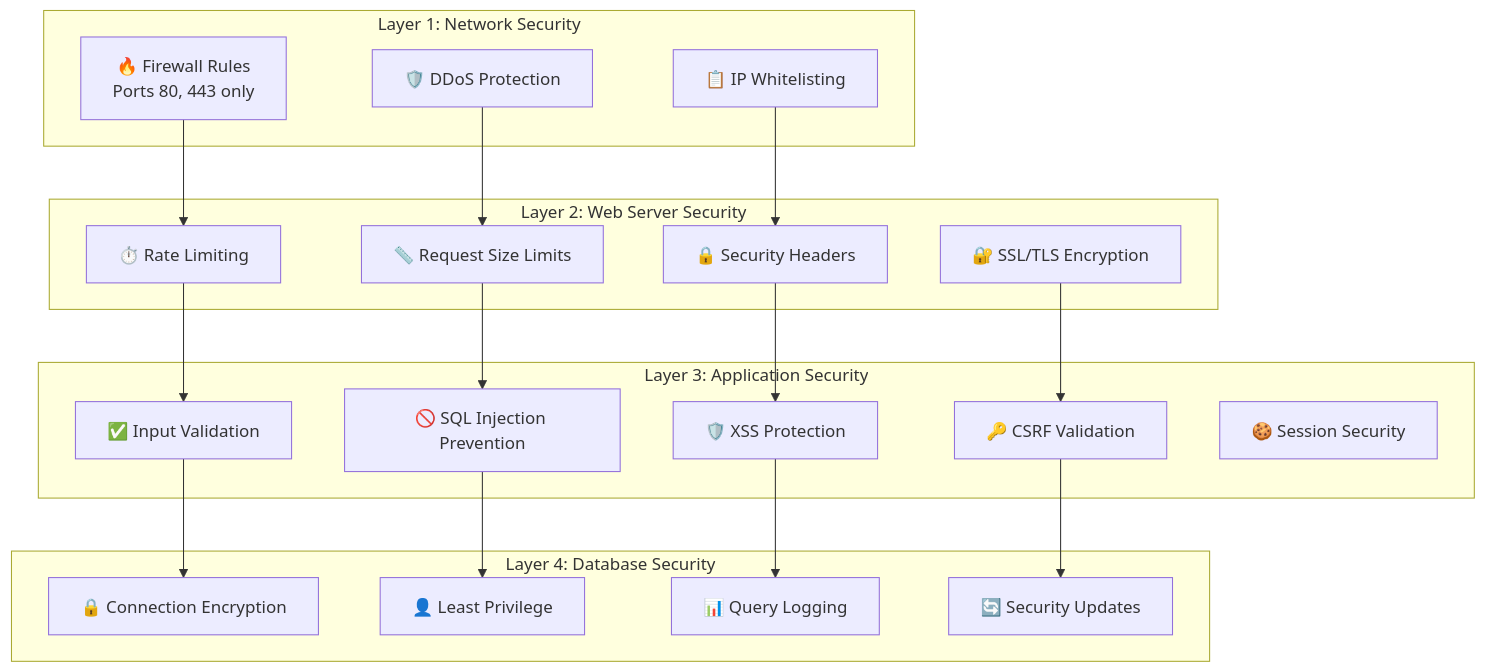
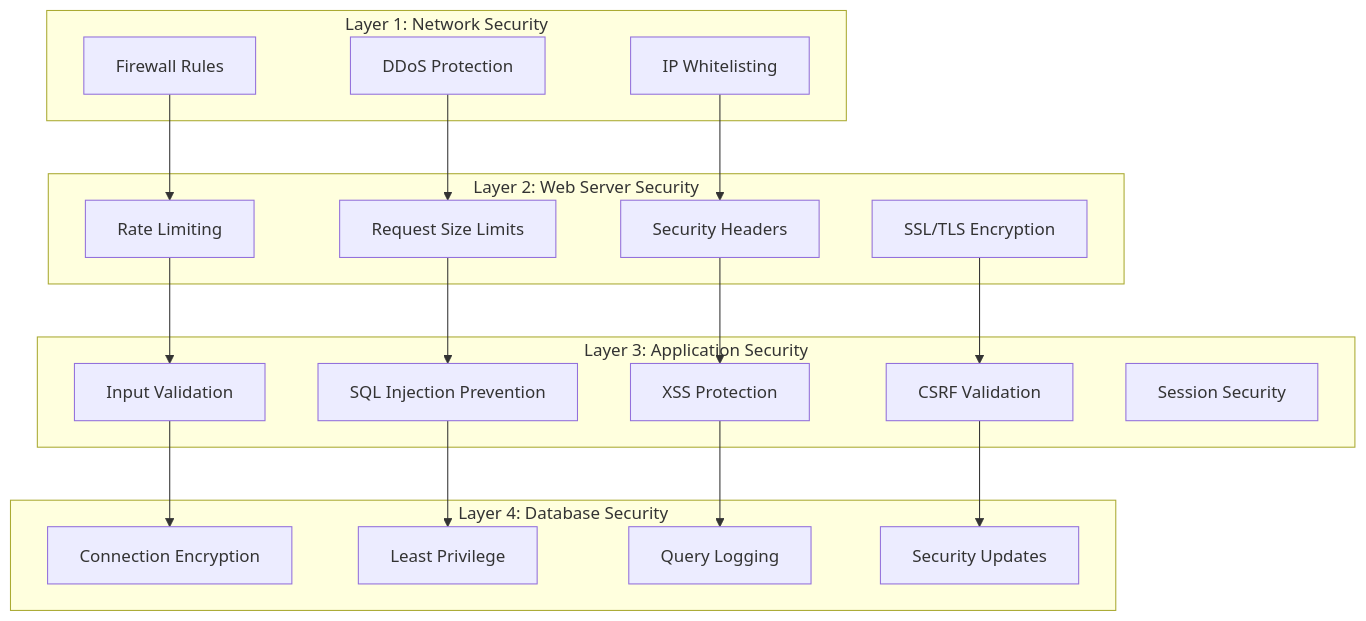
Before and after one commit to iam4sec/devops_todo_app: the fifth of 6 diagrams in ARCHITECTURE.md, drawn with Mermaid. The commit also changed other lines of this file, not shown here.

Commit message:
Refactor architecture documentation for clarity; simplify component labels and enhance security layer descriptions.

````diff
--- a/ARCHITECTURE.md
+++ b/ARCHITECTURE.md
@@ -214,42 +214,42 @@
 ```mermaid
 graph TB
-    subgraph "Layer 1: Network Security"
-        FW["🔥 Firewall Rules<br/>Ports 80, 443 only"]
-        DDOS["🛡️ DDoS Protection"]
-        IP["📋 IP Whitelisting"]
+    subgraph L1["Layer 1: Network Security"]
+        FW["Firewall Rules"]
+        DDOS["DDoS Protection"]
+        IP["IP Whitelisting"]
     end
     
-    subgraph "Layer 2: Web Server Security"
-        RL["⏱️ Rate Limiting"]
-        SIZE["📏 Request Size Limits"]
-        HEADERS["🔒 Security Headers"]
-        TLS["🔐 SSL/TLS Encryption"]
+    subgraph L2["Layer 2: Web Server Security"]
+        RL["Rate Limiting"]
+        SIZE["Request Size Limits"]
+        HEADERS["Security Headers"]
+        TLS["SSL/TLS Encryption"]
     end
     
-    subgraph "Layer 3: Application Security"
-        VALID["✅ Input Validation"]
-        SQL["🚫 SQL Injection Prevention"]
-        XSS["🛡️ XSS Protection"]
-        CSRF_P["🔑 CSRF Validation"]
-        SESSION["🍪 Session Security"]
+    subgraph L3["Layer 3: Application Security"]
+        VALID["Input Validation"]
+        SQL["SQL Injection Prevention"]
+        XSS["XSS Protection"]
+        CSRF_P["CSRF Validation"]
+        SESSION["Session Security"]
     end
     
-    subgraph "Layer 4: Database Security"
-        ENCRYPT["🔒 Connection Encryption"]
-        PRIV["👤 Least Privilege"]
-        LOG["📊 Query Logging"]
-        UPDATE["🔄 Security Updates"]
+    subgraph L4["Layer 4: Database Security"]
+        ENCRYPT["Connection Encryption"]
+        PRIV["Least Privilege"]
+        LOG["Query Logging"]
+        UPDATE["Security Updates"]
     end
     
     FW --> RL
     DDOS --> SIZE
     IP --> HEADERS
     RL --> VALID
     SIZE --> SQL
     HEADERS --> XSS
     TLS --> CSRF_P
     VALID --> ENCRYPT
     SQL --> PRIV
     XSS --> LOG
     CSRF_P --> UPDATE
 ```
````
